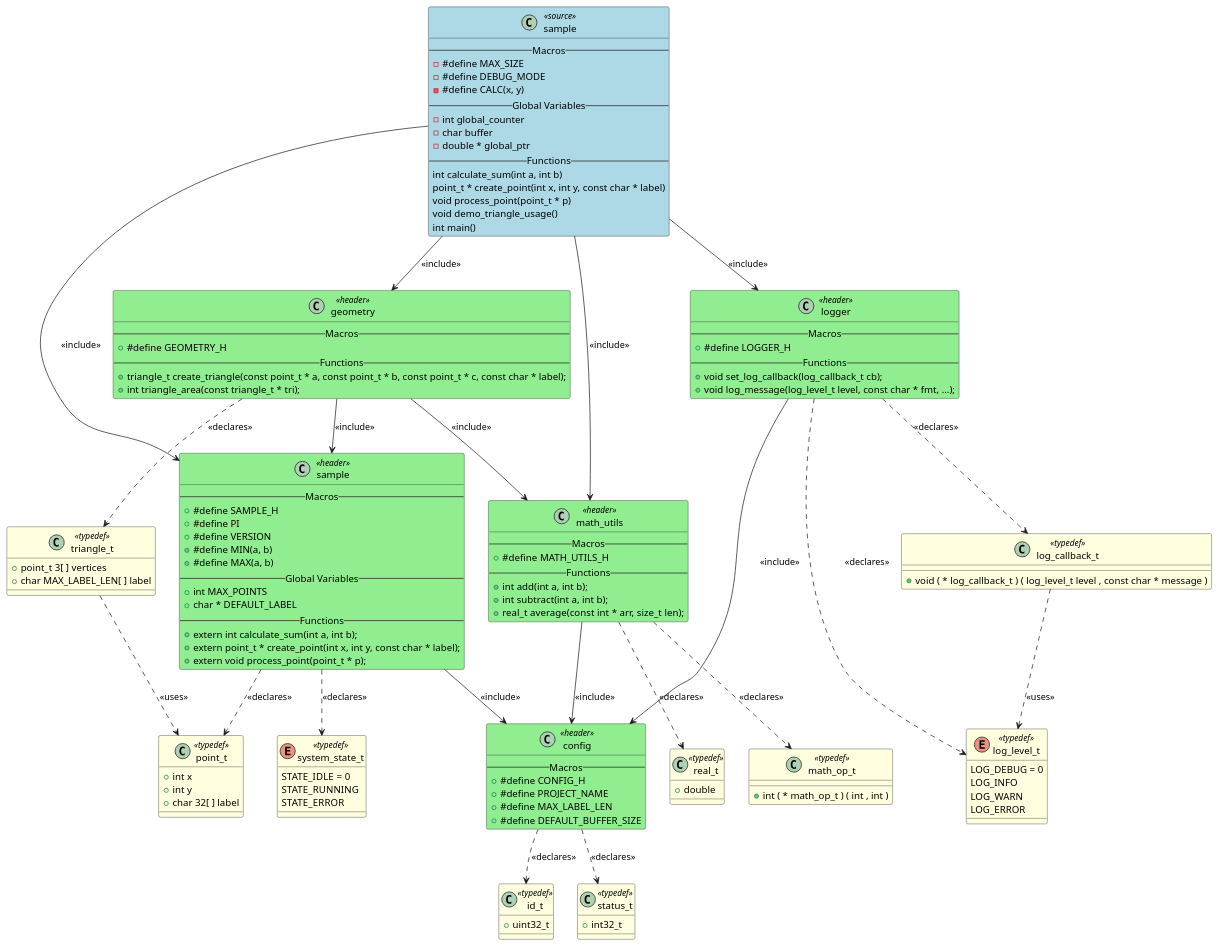
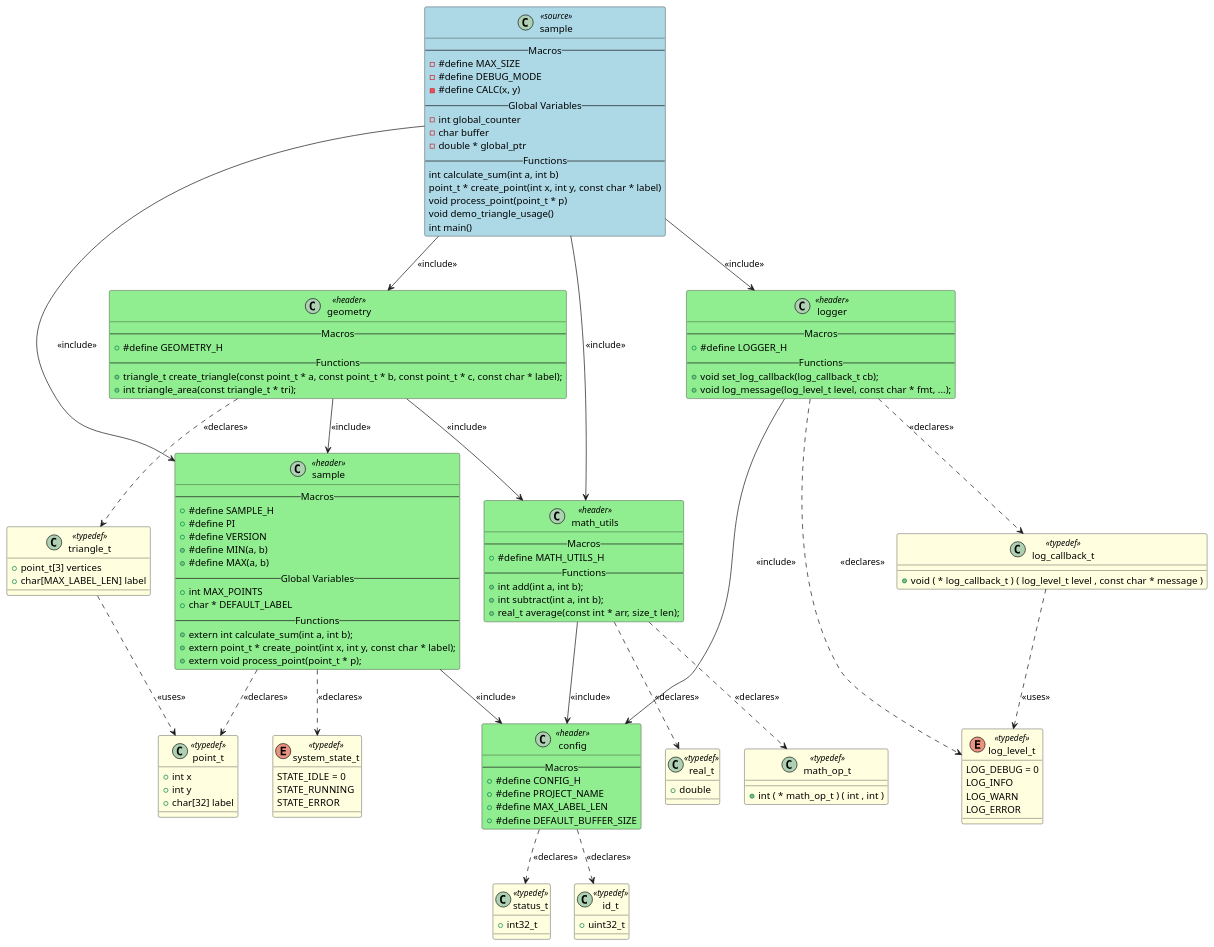
Before and after one commit to fischerjooo/c2puml: the diagram in output/sample.puml, drawn with PlantUML. The commit also changed 11 other files, not shown here.

```diff
--- a/output/sample.puml
+++ b/output/sample.puml
@@ -1,144 +1,144 @@
 @startuml sample
 
 class "sample" as SAMPLE <<source>> #LightBlue
 {
 -- Macros --
 - #define MAX_SIZE
 - #define DEBUG_MODE
 - #define CALC(x, y)
 -- Global Variables --
 - int global_counter
 - char buffer
 - double * global_ptr
 -- Functions --
 int calculate_sum(int a, int b)
 point_t * create_point(int x, int y, const char * label)
 void process_point(point_t * p)
 void demo_triangle_usage()
 int main()
 }
 
 class "point_t" as TYPEDEF_POINT_T <<typedef>> #LightYellow
 {
 + int x
 + int y
-+ char 32[ ] label
++ char[32] label
 }
 
 enum "system_state_t" as TYPEDEF_SYSTEM_STATE_T <<typedef>> #LightYellow
 {
 STATE_IDLE = 0
 STATE_RUNNING
 STATE_ERROR
 }
 
 class "real_t" as TYPEDEF_REAL_T <<typedef>> #LightYellow
 {
 + double
 }
 
 class "math_op_t" as TYPEDEF_MATH_OP_T <<typedef>> #LightYellow
 {
 + int ( * math_op_t ) ( int , int )
 }
 
 enum "log_level_t" as TYPEDEF_LOG_LEVEL_T <<typedef>> #LightYellow
 {
 LOG_DEBUG = 0
 LOG_INFO
 LOG_WARN
 LOG_ERROR
 }
 
 class "log_callback_t" as TYPEDEF_LOG_CALLBACK_T <<typedef>> #LightYellow
 {
 + void ( * log_callback_t ) ( log_level_t level , const char * message )
 }
 
 class "triangle_t" as TYPEDEF_TRIANGLE_T <<typedef>> #LightYellow
 {
-+ point_t 3[ ] vertices
-+ char MAX_LABEL_LEN[ ] label
++ point_t[3] vertices
++ char[MAX_LABEL_LEN] label
+}
+
+class "status_t" as TYPEDEF_STATUS_T <<typedef>> #LightYellow
+{
++ int32_t
 }
 
 class "id_t" as TYPEDEF_ID_T <<typedef>> #LightYellow
 {
 + uint32_t
-}
-
-class "status_t" as TYPEDEF_STATUS_T <<typedef>> #LightYellow
-{
-+ int32_t
 }
 
 class "sample" as HEADER_SAMPLE <<header>> #LightGreen
 {
 -- Macros --
 + #define SAMPLE_H
 + #define PI
 + #define VERSION
 + #define MIN(a, b)
 + #define MAX(a, b)
 -- Global Variables --
 + int MAX_POINTS
 + char * DEFAULT_LABEL
 -- Functions --
 + extern int calculate_sum(int a, int b);
 + extern point_t * create_point(int x, int y, const char * label);
 + extern void process_point(point_t * p);
 }
 class "math_utils" as HEADER_MATH_UTILS <<header>> #LightGreen
 {
 -- Macros --
 + #define MATH_UTILS_H
 -- Functions --
 + int add(int a, int b);
 + int subtract(int a, int b);
 + real_t average(const int * arr, size_t len);
 }
 class "logger" as HEADER_LOGGER <<header>> #LightGreen
 {
 -- Macros --
 + #define LOGGER_H
 -- Functions --
 + void set_log_callback(log_callback_t cb);
 + void log_message(log_level_t level, const char * fmt, ...);
 }
 class "geometry" as HEADER_GEOMETRY <<header>> #LightGreen
 {
 -- Macros --
 + #define GEOMETRY_H
 -- Functions --
 + triangle_t create_triangle(const point_t * a, const point_t * b, const point_t * c, const char * label);
 + int triangle_area(const triangle_t * tri);
 }
 class "config" as HEADER_CONFIG <<header>> #LightGreen
 {
 -- Macros --
 + #define CONFIG_H
 + #define PROJECT_NAME
 + #define MAX_LABEL_LEN
 + #define DEFAULT_BUFFER_SIZE
 }
 SAMPLE --> HEADER_SAMPLE : <<include>>
 SAMPLE --> HEADER_MATH_UTILS : <<include>>
 SAMPLE --> HEADER_LOGGER : <<include>>
 SAMPLE --> HEADER_GEOMETRY : <<include>>
 HEADER_SAMPLE --> HEADER_CONFIG : <<include>>
 HEADER_MATH_UTILS --> HEADER_CONFIG : <<include>>
 HEADER_LOGGER --> HEADER_CONFIG : <<include>>
 HEADER_GEOMETRY --> HEADER_SAMPLE : <<include>>
 HEADER_GEOMETRY --> HEADER_MATH_UTILS : <<include>>
 HEADER_SAMPLE ..> TYPEDEF_POINT_T : <<declares>>
 HEADER_SAMPLE ..> TYPEDEF_SYSTEM_STATE_T : <<declares>>
 HEADER_LOGGER ..> TYPEDEF_LOG_LEVEL_T : <<declares>>
 HEADER_GEOMETRY ..> TYPEDEF_TRIANGLE_T : <<declares>>
 TYPEDEF_TRIANGLE_T ..> TYPEDEF_POINT_T : <<uses>>
 TYPEDEF_LOG_CALLBACK_T ..> TYPEDEF_LOG_LEVEL_T : <<uses>>
 HEADER_CONFIG ..> TYPEDEF_ID_T : <<declares>>
 HEADER_CONFIG ..> TYPEDEF_STATUS_T : <<declares>>
 HEADER_MATH_UTILS ..> TYPEDEF_REAL_T : <<declares>>
 HEADER_MATH_UTILS ..> TYPEDEF_MATH_OP_T : <<declares>>
 HEADER_LOGGER ..> TYPEDEF_LOG_CALLBACK_T : <<declares>>
 
 @enduml
```
